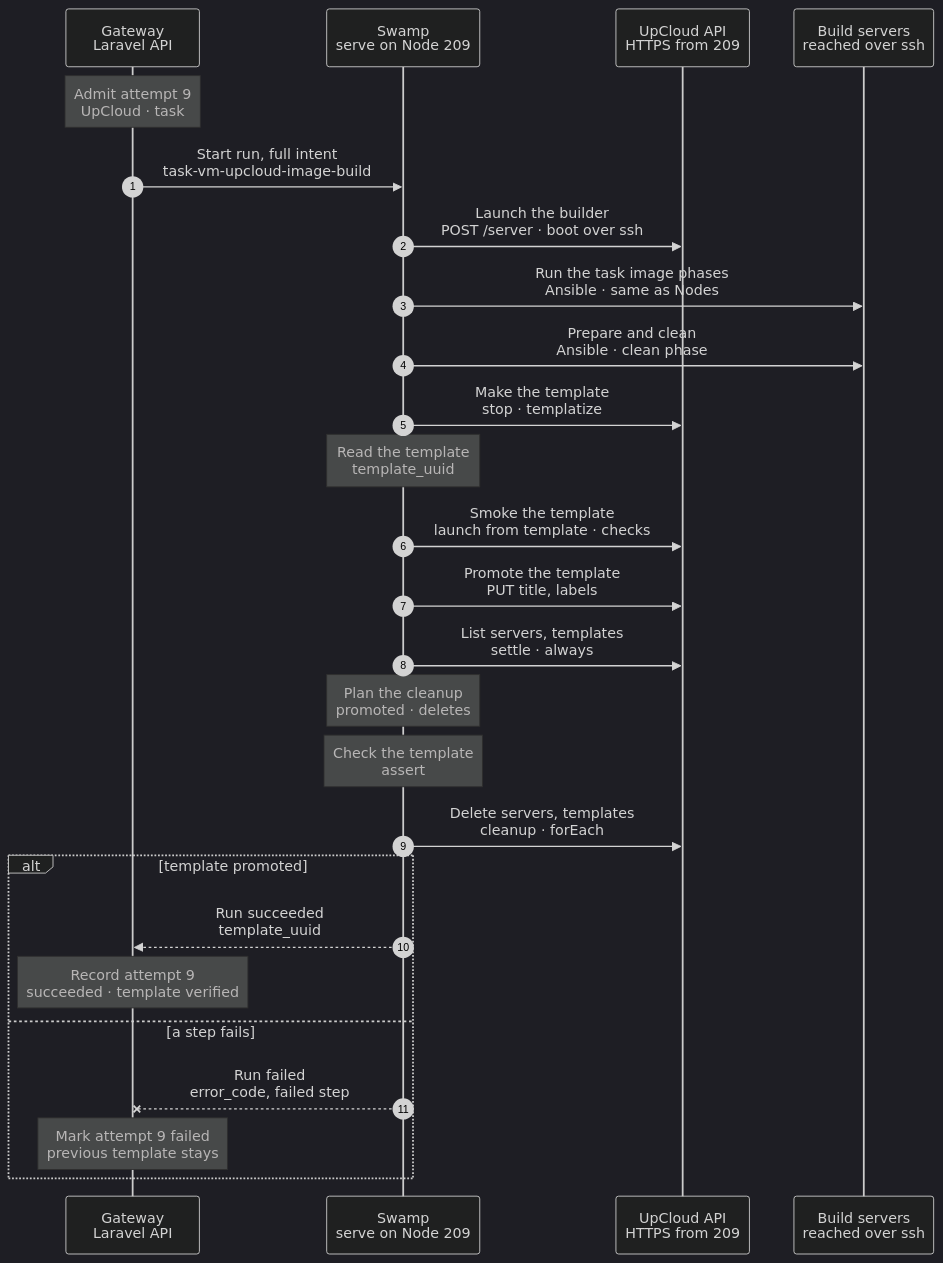
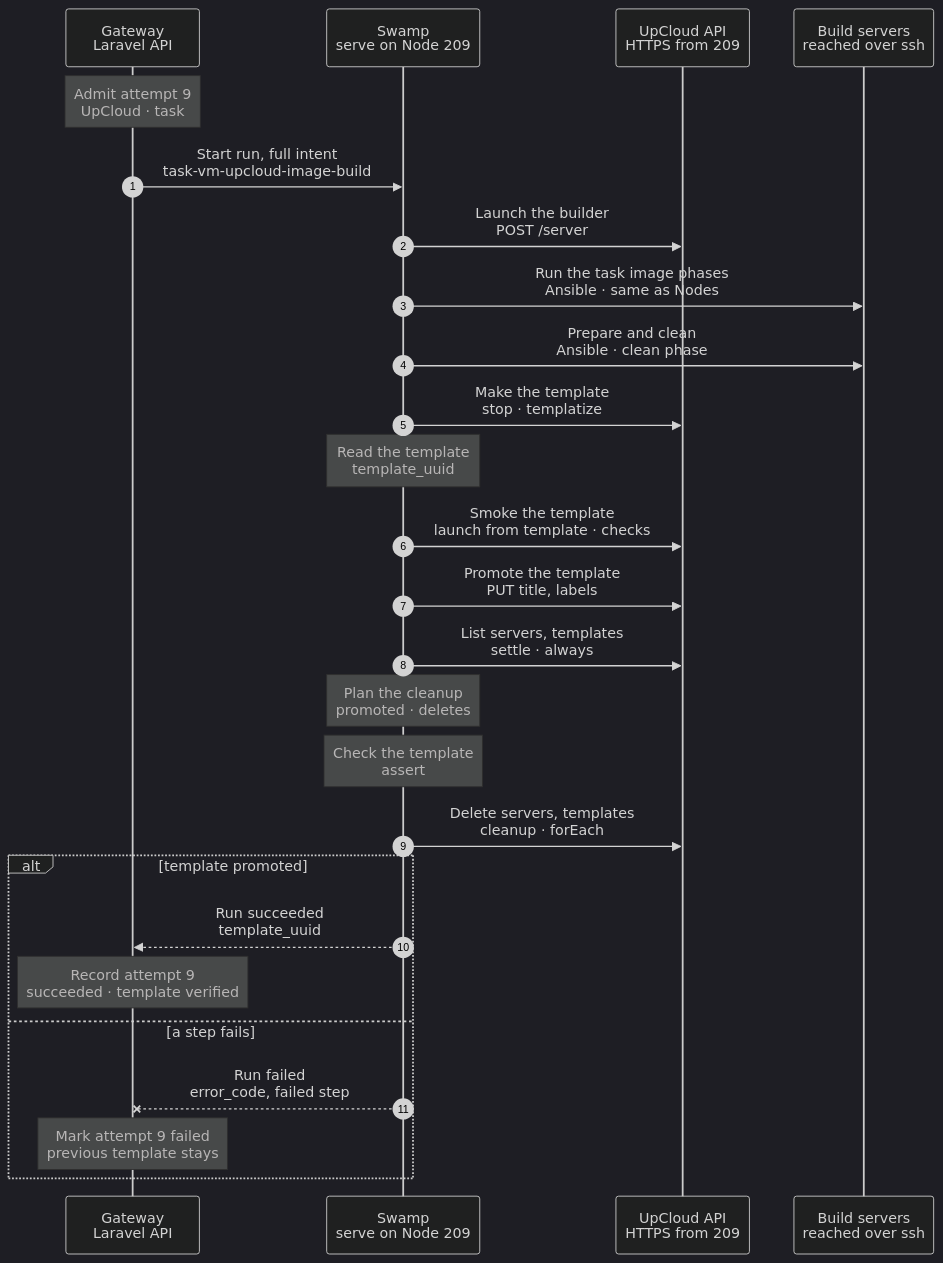
One commit to hardimpactdev/orbit changed the diagram in docs/cli/tasks/vm-upcloud-image-build.mmd. Above: the diagram before and after it, drawn with Mermaid (dark theme). The commit also changed 7 other files, not shown here.

First line of the commit message:
Wait for a new UpCloud server in the role, with wait_for_connection

```diff
--- a/docs/cli/tasks/vm-upcloud-image-build.mmd
+++ b/docs/cli/tasks/vm-upcloud-image-build.mmd
@@ -1,110 +1,110 @@
 sequenceDiagram
   %% Target design: swamp/workflows/workflow-operation-task-vm-upcloud-image-build.yaml, docs/reference/compute-drivers.md#build-the-upcloud-template and #sweep-upcloud, docs/cli/tasks/vm-image-build.mmd (the Incus build that this one follows), docs/cli/README.md design rules R2-R4.
   %% Decided by the orchestrator, for Nick's review (2026-11-06): the UpCloud template is built with the same Ansible phases as the Incus task image and as Nodes; no orbit-agent in the build or in the template. Nick decided this; the points below that the decision leaves open are marked in the same way.
   %% Tightened: flow-tighten 2026-11-02, rules 4 (no Gateway reads or progress writes from steps), 15 (no `admit` step), 3 (no in-run leftover sweep: the host sweep owns it), 1 and 19 (`delete-builder`, `delete-smoke` fold into the cleanup; one host key pair serves both servers), 9 (one listing after the build feeds the end check and the cleanup), 18 (cleanup and prune as one forEach), 22 (curl on 209, guest work as Ansible and `@swamp/ssh exec` argv).
   %% Kept: JSON answers of UpCloud need TypeScript, so `Read the template` and `Plan the cleanup` stay. TypeScript shapes request bodies and reads answers; it makes no request.
   %% status: draft
   %% command: none · UpCloud template build for a recipe
   %% kind: task_vm.upcloud_image_build
   autonumber
   %% lane GW icon=gateway pill=intent tone=blue
   %% lane SW icon=workflow pill=executes tone=green
   %% lane UC icon=server pill=target tone=purple
   %% lane G icon=server pill=target tone=amber
   participant GW as Gateway<br/>Laravel API
   participant SW as Swamp<br/>serve on Node 209
   participant UC as UpCloud API<br/>HTTPS from 209
   participant G as Build servers<br/>reached over ssh
   Note over GW: Admit attempt 9<br/>UpCloud · task #5182
   %%> Started by:
   %%> - `php artisan task-vms:build-upcloud-image`, `task-vms:build-recipe --retry` or `--rebuild`, or `RefreshUpCloudTaskVmBaseImage` when no verified template matches the deployed recipe
   %%> Requirements:
   %%> - UpCloud is configured and no other UpCloud build runs; the ledger records attempt 9 before any remote work
   %%> Result:
   %%> - the Gateway generates one ed25519 host key pair for the build servers and keeps it encrypted on the attempt
   %%> - at the run start it copies the UpCloud token and the private host key into the vault (R3), and refuses with `task_vm.image_build_superseded` when the recipe changed
   %%> - the intent holds the recipe document, identity, stamp, public host key, 209's SSH identity, the Pi pin and where the Pi build lives, the Vite+ lock, and the templates pinned by live VMs
   %%> - no agent pin, no agent envelope and no phase unit: the guest runs no agent command
   GW->>SW: Start run, full intent<br/>task-vm-upcloud-image-build
   %%> Inputs:
   %%> - `operation_id`, `node_id`, `kind`, the full public `intent`, and vault key names only: `task-vm-upcloud-token`, `task-vm-image-bootstrap-9`
   %%> Runs as:
   %%> - every step on 209 (`labels: {role: swamp}`), not on the Gateway Node's worker (R4)
-  SW->>UC: Launch the builder<br/>POST /server · boot over ssh
+  SW->>UC: Launch the builder<br/>POST /server
   %%> How:
   %%> - child `task-vm-upcloud-image-server`: one inline `curl` on 209 reads the plans, TypeScript shapes the body, one `curl` posts it; the token and the private host key reach curl through `--variable`, never argv
   %%> - stock UpCloud Ubuntu 26.04 template, builder user-data with the admitted host key and the `orbit` account at UID and GID 1000, label `orbit-task-image=<stamp>`
   %%> - the create answer holds the UUID and the public IPv4 address
-  %%> - pinned `@swamp/ssh exec` waits for the boot: OpenSSH `ConnectionAttempts` while sshd starts, then `cloud-init status --wait --long`, all under one literal timeout
-  %%> Decided by the orchestrator, for Nick's review:
-  %%> - exit 2 of `cloud-init status` (done with recoverable errors) is accepted and its detail kept in the output; the check phase is the check of the server
   %%> Returns:
   %%> - the server UUID, its storage and its address
   SW->>G: Run the task image phases<br/>Ansible · same as Nodes
   %%> What it does:
   %%> - child `task-vm-upcloud-image-ansible`: Swamp on 209 runs `ansible-playbook` straight to the public address of the server with the admitted host key pinned in a known-hosts file; there is no jump host
+  %%> - it starts with the wait for the new server: Ansible's `wait_for_connection` until SSH answers, then `cloud-init status --wait --long` under a literal timeout
+  %%> Decided by the orchestrator, for Nick's review:
+  %%> - exit 2 of `cloud-init status` (done with recoverable errors) passes, and the check phase is the check of the server; the wait moved here from the launch because OpenSSH retries only a failed connect, and a banner exchange that fails with "No route to host" ended the third build
   %%> - the phases of the task VM role, in order: software (apt sources and packages, JavaScript, Rust, Pi), tools (the shape-gate linters, the NFS server), check
   %%> - versions come from the recipe document in the intent; the same playbook builds the Incus image and converges a running task VM
   %%> - the check phase also asserts that `orbit` has UID and GID 1000
   %%> - the pinned Pi build comes first: `@swamp/ssh copy` takes it from the Gateway Node to 209, `sha256sum -c` checks its pin, and the software phase copies it to the server
   %%> Replaces:
   %%> - the chunked `pi.receive-artifact` and `pi.install-artifact` of the agent
   SW->>G: Prepare and clean<br/>Ansible · clean phase
   %%> What it does:
   %%> - the same child with the tag `clean`: mask `systemd-firstboot.service`, `apt-daily.timer`, `apt-daily-upgrade.timer`, `motd-news.timer` and `unattended-upgrades.service`
   %%> - ufw on, default deny incoming, only `orbit:public-ssh-recovery` (22/tcp) open
   %%> - refuses a server that was enrolled (`/etc/orbit/agent/secret` or `/etc/wireguard/orbit.conf`), removes the build records, shell histories, `/tmp` and `/var/tmp`, rotates and trims the journal and the logs
   %%> - last: the SSH host keys and the keys of `authorized_keys`, then `cloud-init clean --logs --seed --machine-id --configs all`; the Ansible session stays open through them
   %%> Decided by the orchestrator, for Nick's review:
   %%> - the clean list lives in the role as the `clean` phase and runs on UpCloud only; the Incus clean child keeps its own argv list. One list for both is a later step
   %%> - no recipe marker and no `image.verify`: the check phase is the one check of the role, and nothing reads the marker
   SW->>UC: Make the template<br/>stop · templatize
   %%> How:
   %%> - one soft stop with UpCloud's own 150-second hard-stop fallback, then the templatize request as `orbit-task-base-<stamp>-unverified`
   %%> - UpCloud refuses templatize until the server has stopped and changes nothing; curl's own bounded retry under one literal `timeout` is the wait (Q-WAIT), no script polls
   Note over SW: Read the template<br/>template_uuid
   %%> What it does:
   %%> - TypeScript on 209 reads the template UUID and title from the templatize answer
   %%> Returns:
   %%> - the template UUID, which the Gateway reads from this step's output (rule 4)
   SW->>UC: Smoke the template<br/>launch from template · checks
   %%> How:
   %%> - child `task-vm-upcloud-image-smoke`: the same server child with the task VM user-data and the same host key; the create waits with curl's bounded retry while UpCloud still prepares the template
   %%> - boots as in step 3, then the child `task-vm-upcloud-image-ansible` runs the `check` phase and the `template` phase against it; the `template` phase asserts that ufw is on, denies incoming connections by default and has the recovery rule
   %%> - the builder stays until the cleanup removes it
   %%> Result:
   %%> - a failed smoke check stops the build before promotion
   SW->>UC: Promote the template<br/>PUT title, labels
   %%> What it does:
   %%> - sets the `orbit.recipe` and `orbit-task-image` labels and renames the template to `orbit-task-base-<stamp>`; a PUT is safe to repeat, so curl retries while the smoke clone still holds the template
   SW->>UC: List servers, templates<br/>settle · always
   %%> When:
   %%> - after the build job, whatever its outcome, with the condition `always` (rule 19)
   %%> What it does:
   %%> - one listing of the servers labelled `orbit-task-image` and of the account's templates
   %%> Why:
   %%> - it finds this attempt's servers also when a create answer or a child's output was lost
   Note over SW: Plan the cleanup<br/>promoted · deletes
   %%> What it does:
   %%> - TypeScript on 209 confirms the promoted title and labels, and picks what goes: this attempt's two servers; after promotion, verified templates beyond the two newest that no live VM pins; otherwise this attempt's unverified template
   Note over SW: Check the template<br/>assert
   %%> End check:
   %%> - after a successful build, the native `assert` checks that the listed promoted template is the one templatize made; this is the one end check (rule 9)
   SW->>UC: Delete servers, templates<br/>cleanup · forEach
   %%> What it does:
   %%> - one `forEach` over the plan; each started server gets a hard stop, then one `DELETE` with its storage, which curl retries while UpCloud still stops it (Q-WAIT)
   %%> On failure:
   %%> - best effort with `allowFailure` (rule 10): the run's outcome stays, and the next host sweep removes what stays
   alt template promoted
     SW-->>GW: Run succeeded<br/>template_uuid
     Note over GW: Record attempt 9<br/>succeeded · template verified
     %%> Result:
     %%> - new UpCloud claims for this recipe use the template
   else a step fails
     SW--xGW: Run failed<br/>error_code, failed step
     Note over GW: Mark attempt 9 failed<br/>previous template stays
     %%> Result:
     %%> - the failed step names its own code; reconcile alerts for the identity; `task-vms:build-recipe --retry` records a new attempt
   end
   %% Open, not designed here:
   %% - the Node agent is not in the template. Enrolment writes its identity and unit, as for the Incus image, and the delivery of its binary is a chart of its own
```
